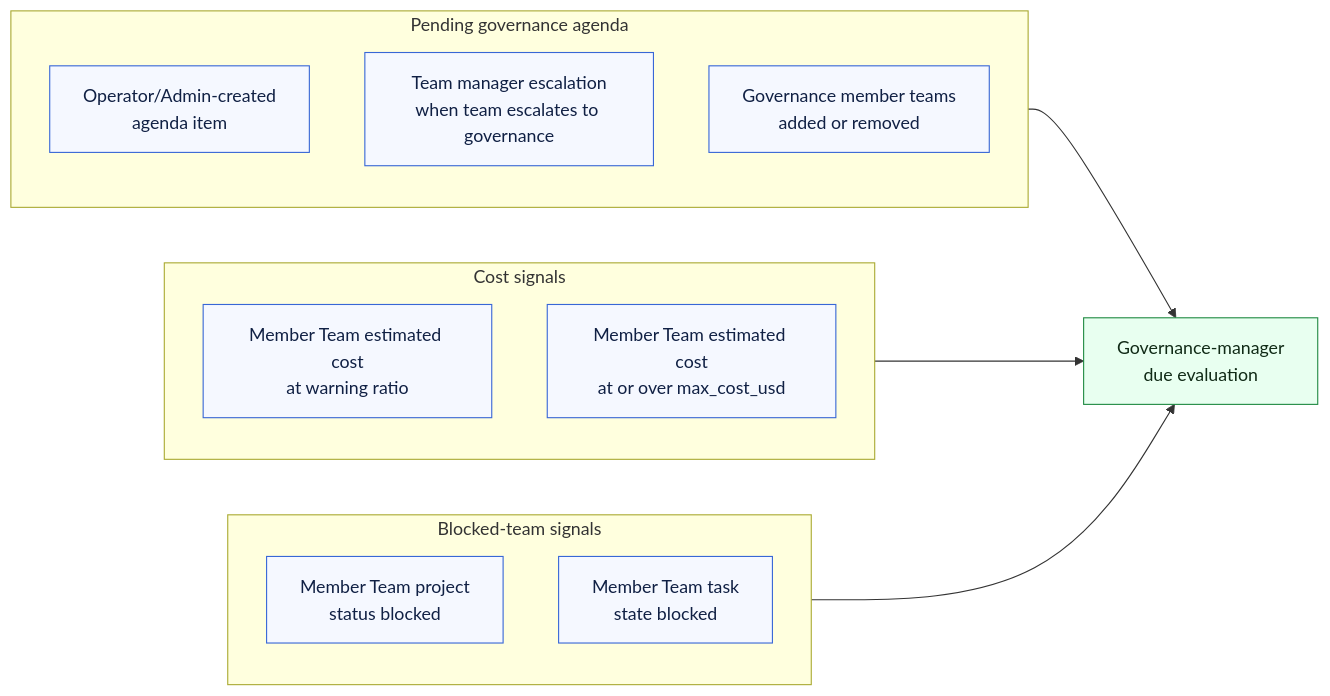
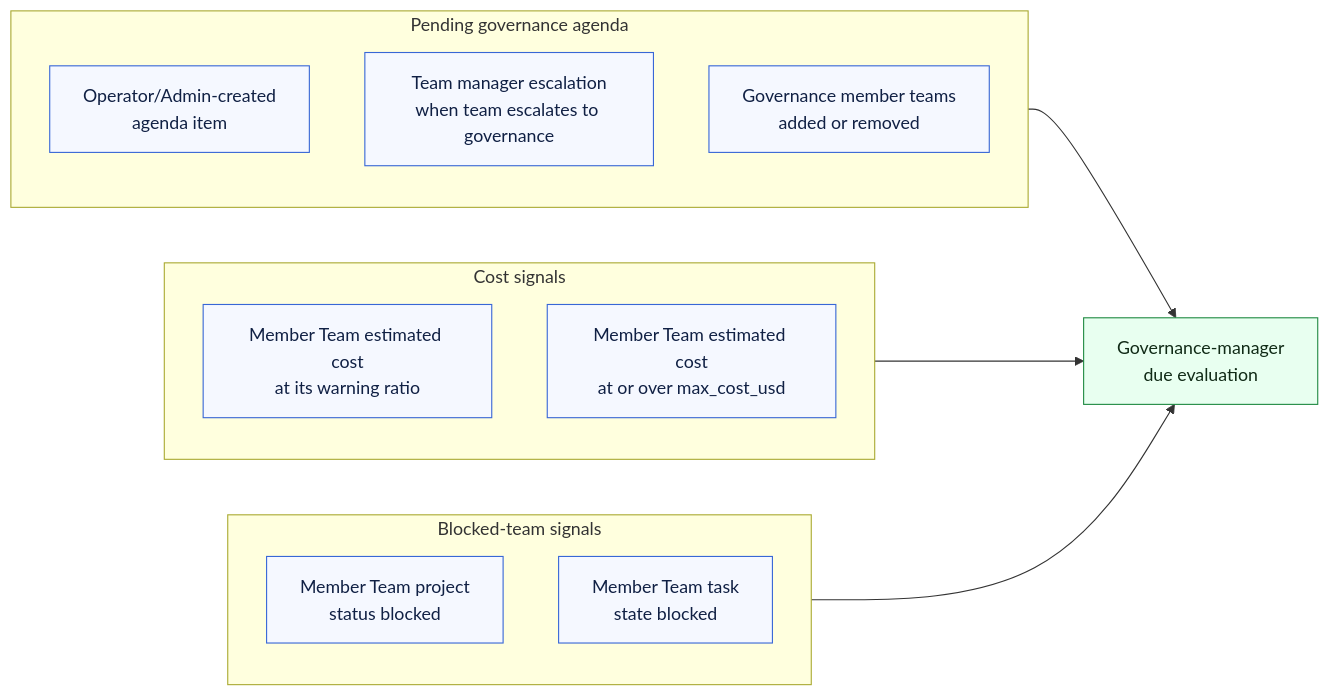
The ninth of 10 diagrams in docs/team-addon-wake-decision-tree.md (QuinthSoftwareSolutions/evander), drawn with Mermaid before and after one commit. The commit also changed 22 other files, not shown here.

Commit message:
feat(team): make governance cost warnings per team

````diff
--- a/docs/team-addon-wake-decision-tree.md
+++ b/docs/team-addon-wake-decision-tree.md
@@ -413,27 +413,27 @@
 ```mermaid
 flowchart LR
     subgraph Agenda["Pending governance agenda"]
         manual_agenda["Operator/Admin-created<br/>agenda item"]
         team_escalation["Team manager escalation<br/>when team escalates to governance"]
         membership["Governance member teams<br/>added or removed"]
     end
 
     subgraph Cost["Cost signals"]
-        warning["Member Team estimated cost<br/>at warning ratio"]
+        warning["Member Team estimated cost<br/>at its warning ratio"]
         reached["Member Team estimated cost<br/>at or over max_cost_usd"]
     end
 
     subgraph Blockers["Blocked-team signals"]
         blocked_project["Member Team project<br/>status blocked"]
         blocked_task["Member Team task<br/>state blocked"]
     end
 
     Agenda --> gov_due["Governance-manager<br/>due evaluation"]
     Cost --> gov_due
     Blockers --> gov_due
 
     classDef source fill:#f5f8ff,stroke:#3867d6,color:#102044;
     classDef sink fill:#e8fff0,stroke:#208a42,color:#102a16;
     class manual_agenda,team_escalation,membership,warning,reached,blocked_project,blocked_task source;
     class gov_due sink;
 ```
````
